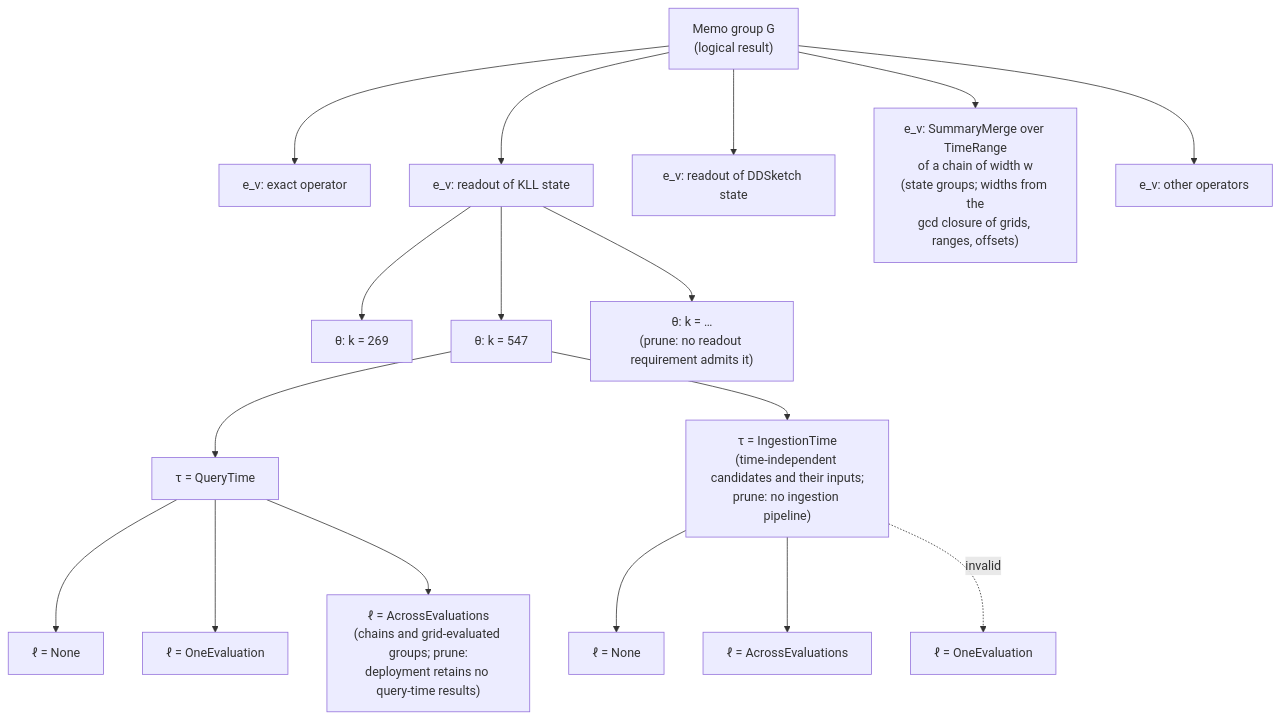
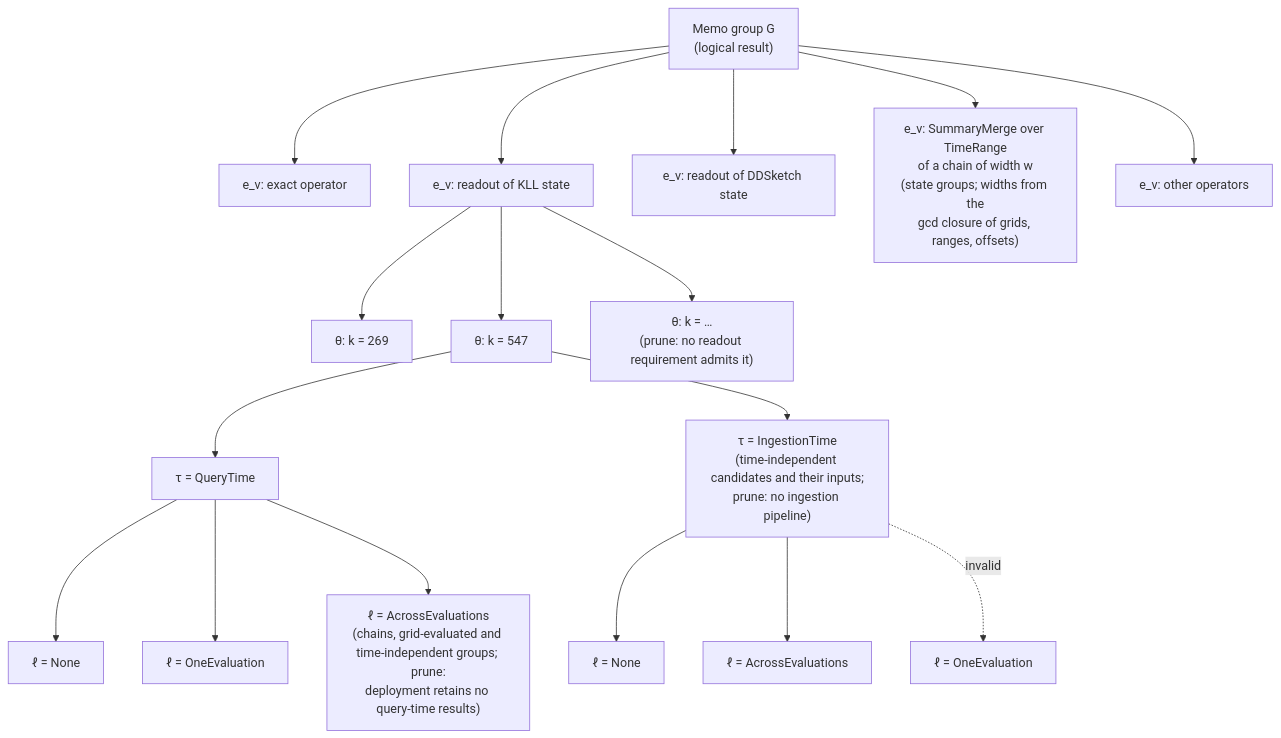
Before and after one commit to ProjectASAP/ASAPPlanner: the diagram in docs/design_docs/concepts/memo-groups-properties-requirements.md, drawn with Mermaid. The commit also changed other lines of this file, not shown here.

First line of the commit message:
docs(concepts): AcrossEvaluations for a time-independent group without a grid; no AcrossEvaluations anywhere below an absolute @ T; Stage 2 function name

````diff
--- a/docs/design_docs/concepts/memo-groups-properties-requirements.md
+++ b/docs/design_docs/concepts/memo-groups-properties-requirements.md
@@ -249,22 +249,22 @@
 ```mermaid
 flowchart TD
     G["Memo group G<br/>(logical result)"] --> R1["e_v: exact operator"]
     G --> R2["e_v: readout of KLL state"]
     G --> R3["e_v: readout of DDSketch state"]
     G --> R5["e_v: SummaryMerge over TimeRange<br/>of a chain of width w<br/>(state groups; widths from the<br/>gcd closure of grids, ranges, offsets)"]
     G --> R4["e_v: other operators"]
 
     R2 --> T1["θ: k = 269"]
     R2 --> T2["θ: k = 547"]
     R2 --> T3["θ: k = …<br/>(prune: no readout requirement admits it)"]
 
     T2 --> P1["τ = QueryTime"]
     T2 --> P2["τ = IngestionTime<br/>(time-independent candidates and their inputs;<br/>prune: no ingestion pipeline)"]
 
     P1 --> L1["ℓ = None"]
     P1 --> L2["ℓ = OneEvaluation"]
-    P1 --> L3["ℓ = AcrossEvaluations<br/>(chains and grid-evaluated groups; prune:<br/>deployment retains no query-time results)"]
+    P1 --> L3["ℓ = AcrossEvaluations<br/>(chains, grid-evaluated and time-independent groups; prune:<br/>deployment retains no query-time results)"]
     P2 --> L4["ℓ = None"]
     P2 --> L5["ℓ = AcrossEvaluations"]
     P2 -. invalid .-> L6["ℓ = OneEvaluation"]
 ```
````
